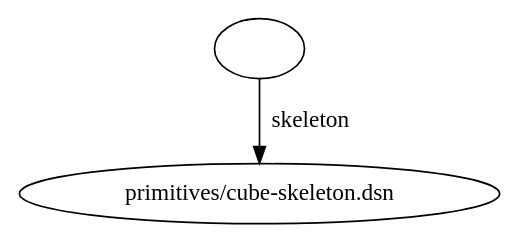
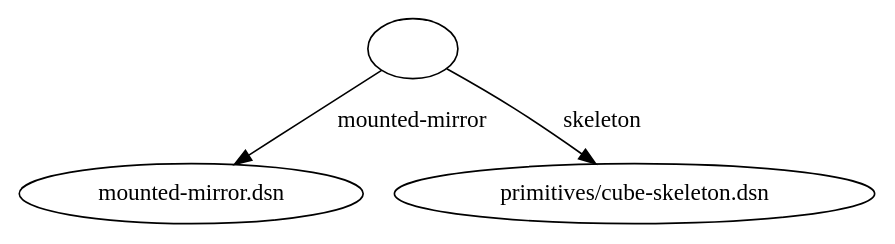
The diagram in examples/designs/cube-mounted/mirror-diagonal.dsn/_designs-graph:_z.dot (openUC2/optikit), drawn with Graphviz before and after one commit. The commit also changed 181 other files, not shown here.

```diff
--- a/examples/designs/cube-mounted/mirror-diagonal.dsn/_designs-graph:_z.dot
+++ b/examples/designs/cube-mounted/mirror-diagonal.dsn/_designs-graph:_z.dot
@@ -1,16 +1,24 @@
 digraph "" {
-	graph [bb="0,0,244.67,124.8"];
+	graph [bb="0,0,439.88,124.8"];
 	node [label="\N"];
 	edge [label="\E"];
 	""	[height=0.5,
-		pos="122.34,106.8",
+		pos="202.55,106.8",
 		width=0.75];
+	"mounted-mirror.dsn"	[height=0.5,
+		label="mounted-mirror.dsn",
+		pos="88.547,18",
+		width=2.4596];
+	"" -> "mounted-mirror.dsn"	[key=" -> mounted-mirror.dsn: mounted-mirror",
+		label="mounted-mirror",
+		lp="200.47,62.4",
+		pos="e,110.73,35.89 185.23,92.617 167.87,79.397 140.75,58.751 119.65,42.684"];
 	"primitives/cube-skeleton.dsn"	[height=0.5,
 		label="primitives/cube-skeleton.dsn",
-		pos="122.34,18",
+		pos="317.55,18",
 		width=3.3982];
 	"" -> "primitives/cube-skeleton.dsn"	[key=" -> primitives/cube-skeleton.dsn: skeleton",
 		label=skeleton,
-		lp="145.66,62.4",
-		pos="e,122.34,36.41 122.34,88.651 122.34,76.958 122.34,61.192 122.34,47.618"];
+		lp="293.49,62.4",
+		pos="e,295.24,36.093 219.99,92.88 228.86,86.294 239.79,78.145 249.55,70.8 261.61,61.712 274.83,51.661 286.38,42.851"];
 }
```
